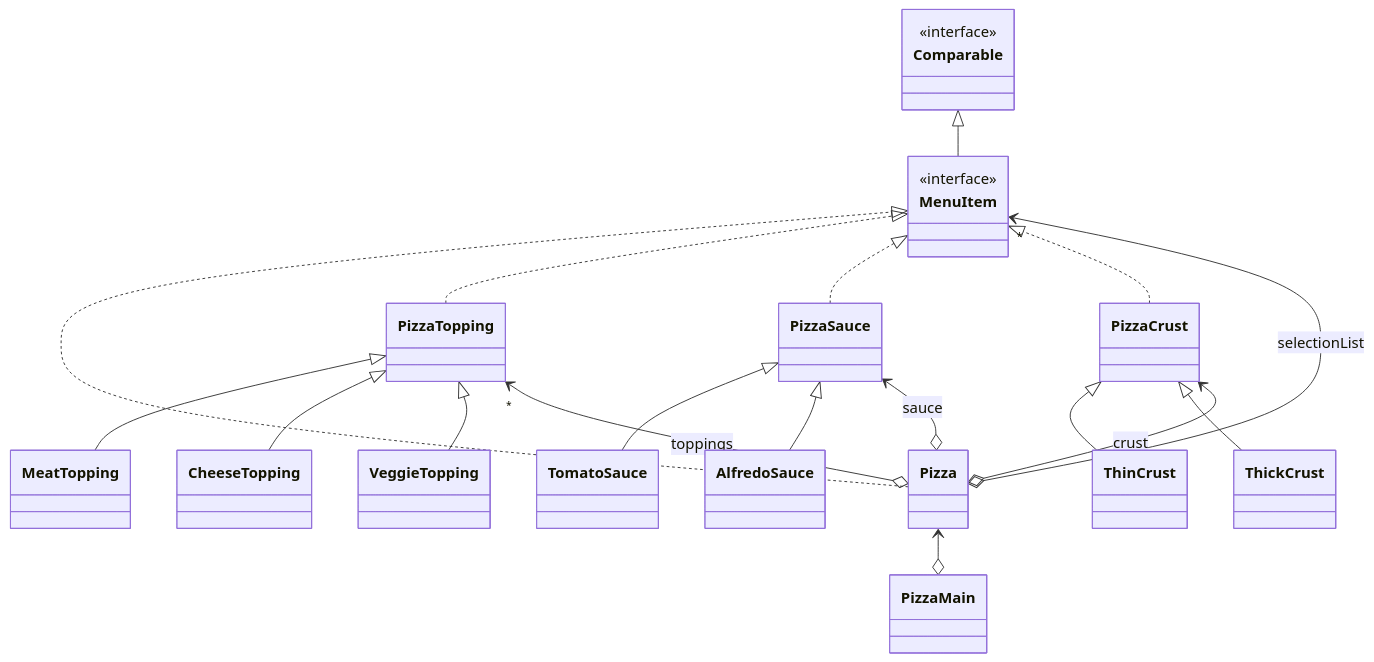
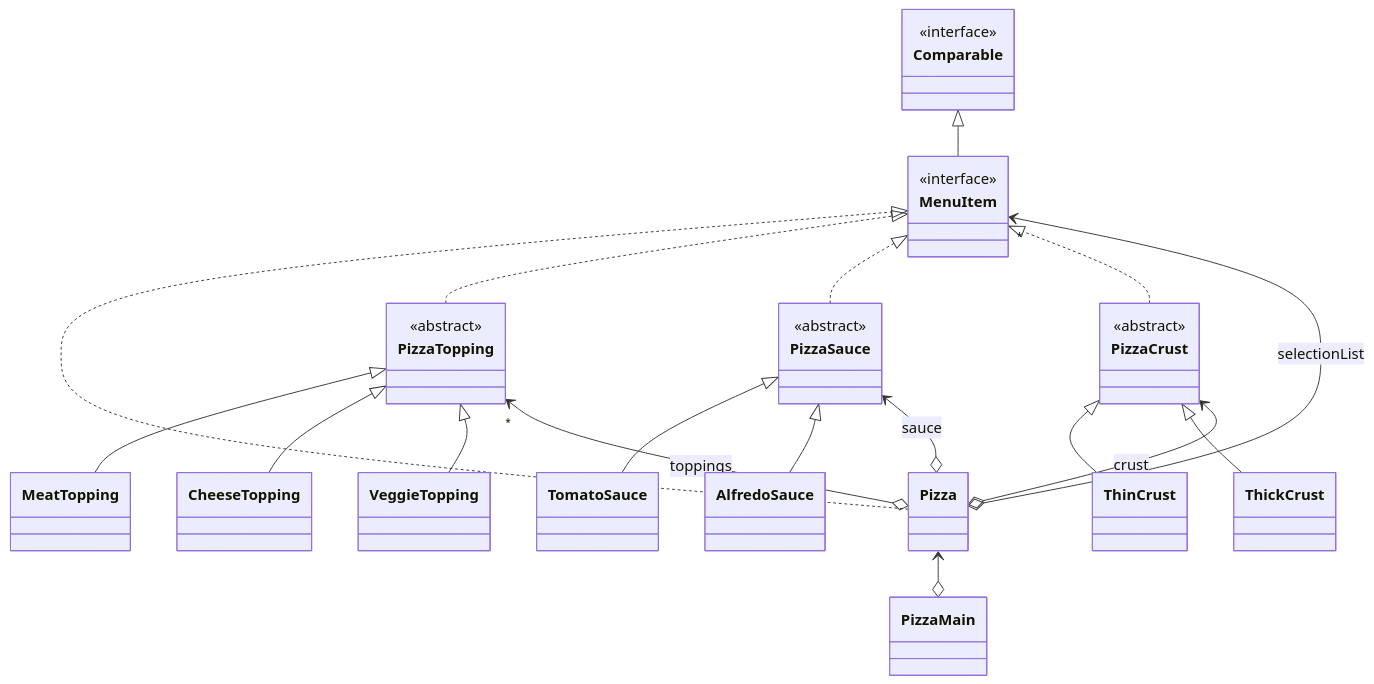
Before and after one commit to hsiy/csci2830pa2: the diagram in README.md, drawn with Mermaid.

Commit message:
updates to UML diagram for consistency with code

````diff
--- a/README.md
+++ b/README.md
@@ -6,36 +6,36 @@
 ```mermaid
 classDiagram 
     direction BT
     class MenuItem {<<interface>>}
     class Comparable {<<interface>>}
     class PizzaMain
     class Pizza
-    class PizzaTopping
-    class PizzaSauce
-    class PizzaCrust
+    class PizzaTopping {<<abstract>>}
+    class PizzaSauce {<<abstract>>}
+    class PizzaCrust {<<abstract>>}
     class MeatTopping
     class CheeseTopping
     class VeggieTopping
     class TomatoSauce
     class AlfredoSauce
     class ThinCrust
     class ThickCrust
 
     MenuItem --|> Comparable
     Pizza ..|> MenuItem
     PizzaTopping ..|> MenuItem
     PizzaSauce ..|> MenuItem
     PizzaCrust ..|> MenuItem
     MeatTopping --|> PizzaTopping
     CheeseTopping --|> PizzaTopping
     VeggieTopping --|> PizzaTopping
     ThinCrust --|> PizzaCrust
     ThickCrust --|> PizzaCrust
     TomatoSauce --|> PizzaSauce
     AlfredoSauce --|> PizzaSauce
     Pizza o--> "*" PizzaTopping: toppings
     Pizza o--> PizzaSauce: sauce
     Pizza o--> PizzaCrust: crust
     Pizza o--> "*" MenuItem: selectionList
     PizzaMain o--> Pizza
 ```
````
